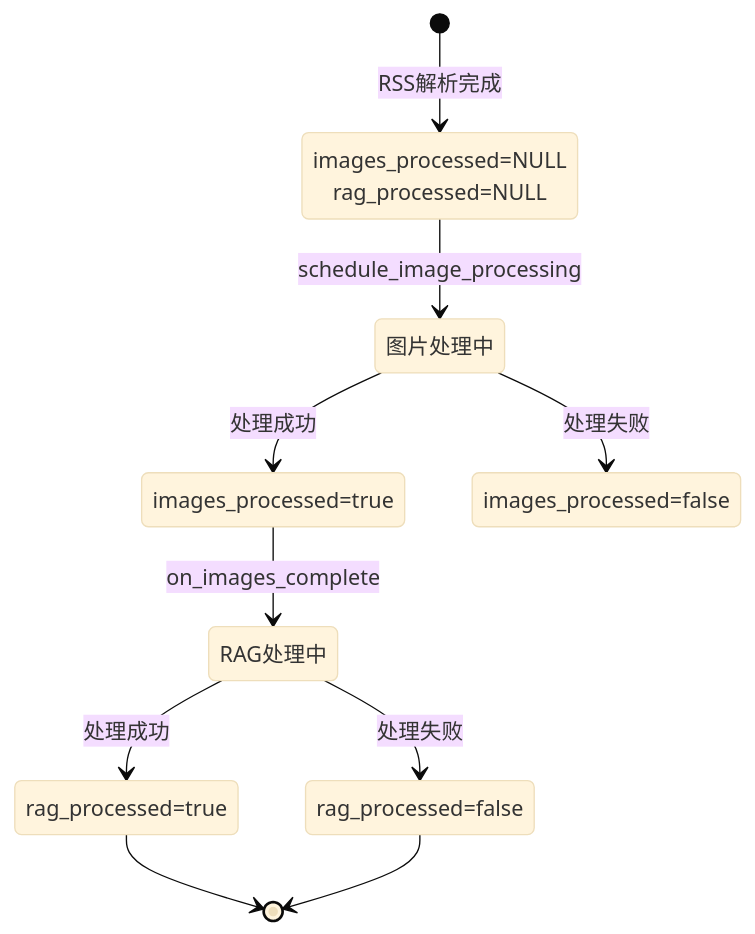
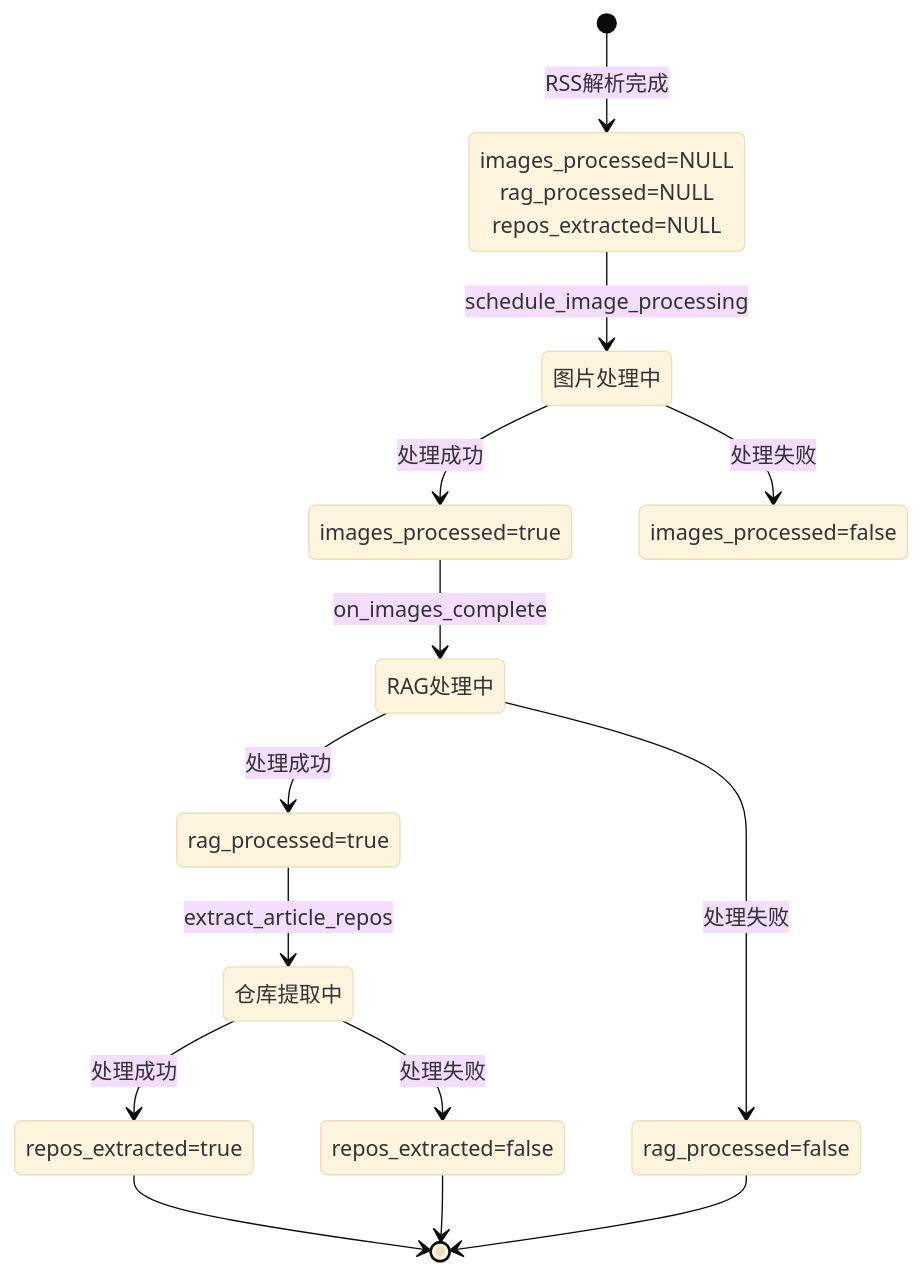
Before and after one commit to InvisibleQAQ/SaveHub_Supabase: the fifth of 6 diagrams in docs/RSS_subscribe/RSS_FLOW_COMPLETE.md, drawn with Mermaid (base theme). The commit also changed other lines of this file and 5 other files, not shown here.

````diff
--- a/docs/RSS_subscribe/RSS_FLOW_COMPLETE.md
+++ b/docs/RSS_subscribe/RSS_FLOW_COMPLETE.md
@@ -749,24 +751,33 @@
 ```mermaid
 stateDiagram-v2
     [*] --> 新文章: RSS解析完成
-    新文章: images_processed=NULL<br/>rag_processed=NULL
+    新文章: images_processed=NULL<br/>rag_processed=NULL<br/>repos_extracted=NULL
 
     新文章 --> 图片处理中: schedule_image_processing
 
     图片处理中 --> 图片完成: 处理成功
     图片处理中 --> 图片失败: 处理失败
 
     图片完成: images_processed=true
     图片失败: images_processed=false
 
     图片完成 --> RAG处理中: on_images_complete
 
     RAG处理中 --> RAG完成: 处理成功
     RAG处理中 --> RAG失败: 处理失败
 
     RAG完成: rag_processed=true
     RAG失败: rag_processed=false
 
-    RAG完成 --> [*]
+    RAG完成 --> 仓库提取中: extract_article_repos
+
+    仓库提取中 --> 仓库提取完成: 处理成功
+    仓库提取中 --> 仓库提取失败: 处理失败
+
+    仓库提取完成: repos_extracted=true
+    仓库提取失败: repos_extracted=false
+
+    仓库提取完成 --> [*]
+    仓库提取失败 --> [*]
     RAG失败 --> [*]
 ```
````
